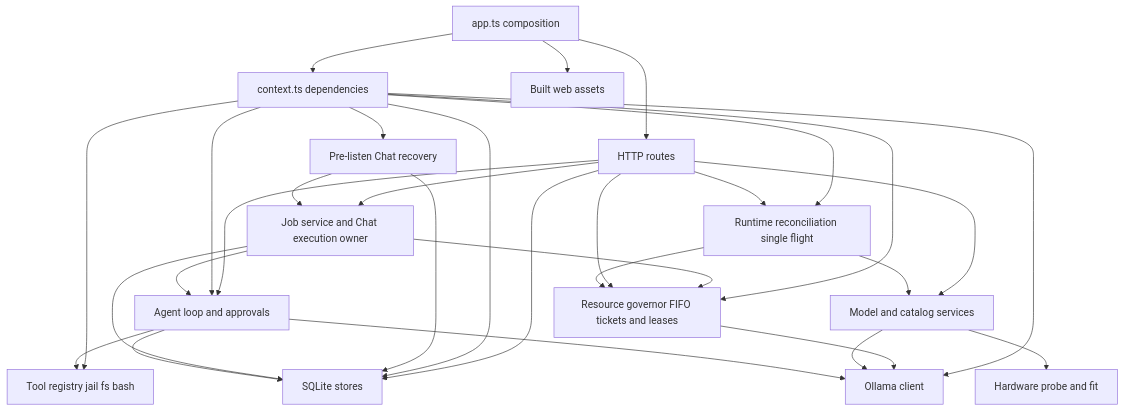
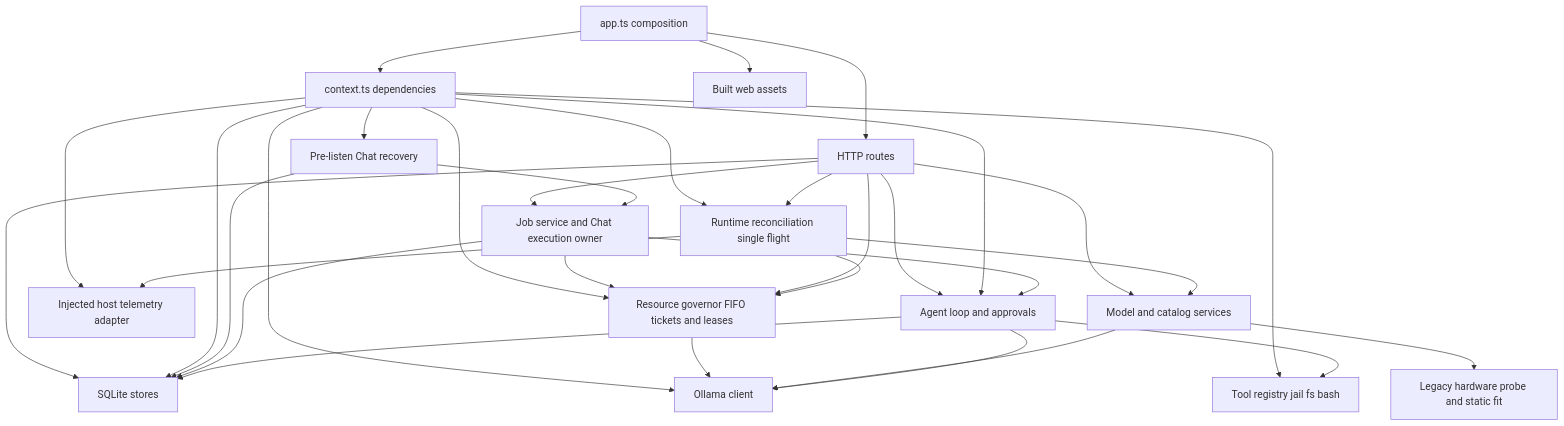
One commit to MattoYuzuru/Guanxi changed the diagram in docs/architecture/diagrams/lld-server.mmd. Above: the diagram before and after it, drawn with Mermaid. The commit also changed 7 other files, not shown here.

Commit message:
docs(runtime): document P1-H telemetry semantics

```diff
--- a/docs/architecture/diagrams/lld-server.mmd
+++ b/docs/architecture/diagrams/lld-server.mmd
@@ -1,45 +1,48 @@
 flowchart TB
     App[app.ts composition]
     Context[context.ts dependencies]
     Routes[HTTP routes]
     Stores[SQLite stores]
     Models[Model and catalog services]
-    Hardware[Hardware probe and fit]
+    Hardware[Legacy hardware probe and static fit]
+    Telemetry[Injected host telemetry adapter]
     Agent[Agent loop and approvals]
     Jobs[Job service and Chat execution owner]
     Recovery[Pre-listen Chat recovery]
     Governor[Resource governor FIFO tickets and leases]
     Runtime[Runtime reconciliation single flight]
     Tools[Tool registry jail fs bash]
     Ollama[Ollama client]
     Static[Built web assets]
 
     App --> Context
     App --> Routes
     App --> Static
     Routes --> Stores
     Routes --> Models
     Routes --> Agent
     Routes --> Jobs
     Context --> Stores
     Context --> Ollama
     Context --> Tools
     Context --> Agent
     Context --> Recovery
     Context --> Governor
     Context --> Runtime
+    Context --> Telemetry
     Recovery --> Jobs
     Recovery --> Stores
     Jobs --> Governor
     Routes --> Governor
     Routes --> Runtime
     Runtime --> Governor
     Runtime --> Models
+    Runtime --> Telemetry
     Governor --> Ollama
     Jobs --> Agent
     Jobs --> Stores
     Models --> Ollama
     Models --> Hardware
     Agent --> Ollama
     Agent --> Tools
     Agent --> Stores
```
